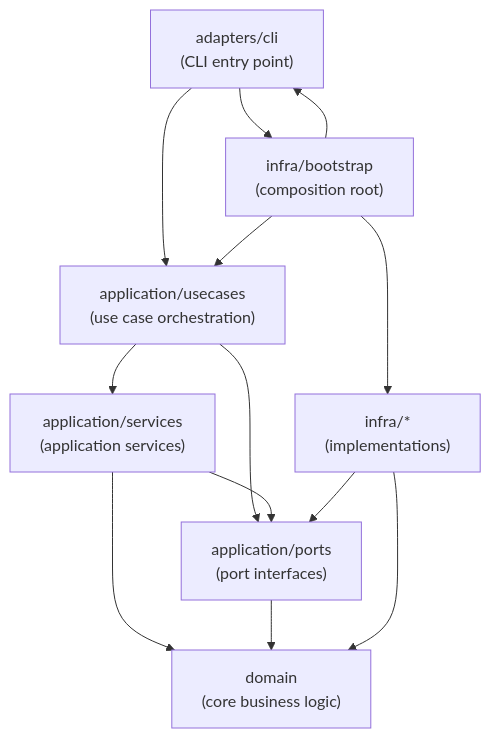
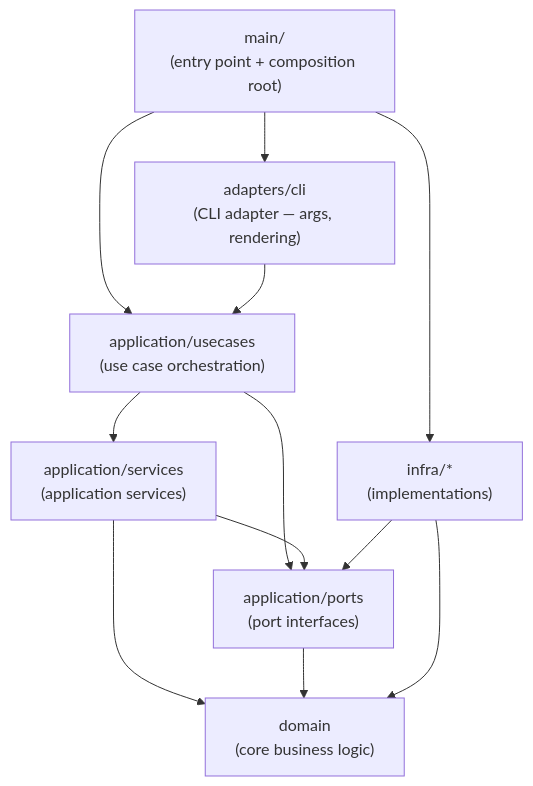
Before and after one commit to hiromaily/autonomous-engineer: the diagram in docs/architecture/architecture.md, drawn with Mermaid. The commit also changed other lines of this file and 6 other files, not shown here.

First line of the commit message:
refactor(logger): move JsonLogWriter from adapters/cli to infra/logger

````diff
--- a/docs/architecture/architecture.md
+++ b/docs/architecture/architecture.md
@@ -92,23 +92,22 @@
 ```mermaid
 graph TD
-    CLI["adapters/cli<br/>(CLI entry point)"]
-    Bootstrap["infra/bootstrap<br/>(composition root)"]
+    Main["main/<br/>(entry point + composition root)"]
+    CLI["adapters/cli<br/>(CLI adapter — args, rendering)"]
     Usecase["application/usecases<br/>(use case orchestration)"]
     Services["application/services<br/>(application services)"]
     Ports["application/ports<br/>(port interfaces)"]
     Domain["domain<br/>(core business logic)"]
     Infra["infra/*<br/>(implementations)"]
 
-    CLI --> Bootstrap
+    Main --> CLI
+    Main --> Infra
+    Main --> Usecase
     CLI --> Usecase
     Usecase --> Services
     Usecase --> Ports
     Services --> Ports
     Services --> Domain
     Ports --> Domain
     Infra --> Ports
     Infra --> Domain
-    Bootstrap --> Infra
-    Bootstrap --> Usecase
-    Bootstrap --> CLI
 ```
````
